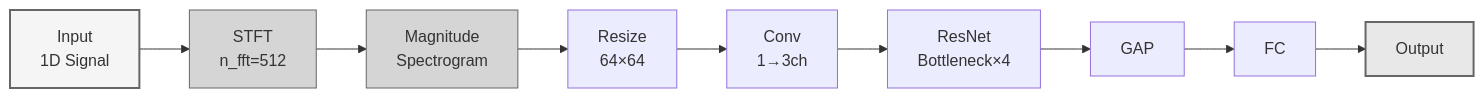
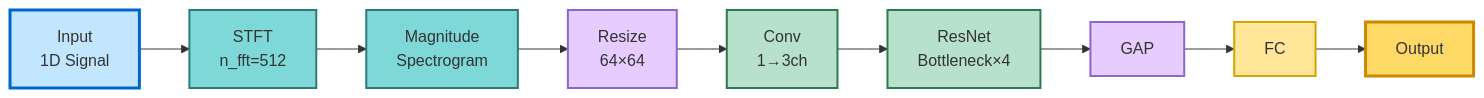
Before and after one commit to soroosh-tanzadeh/rotary-insight: diagram 11 of 13 in models/MODEL_ARCHITECTURES.md, drawn with Mermaid. The commit also changed other lines of this file and 5 other files, not shown here.

````diff
--- a/models/MODEL_ARCHITECTURES.md
+++ b/models/MODEL_ARCHITECTURES.md
@@ -687,13 +729,18 @@
 ```mermaid
 graph LR
     A[Input<br/>1D Signal] --> B[STFT<br/>n_fft=512]
     B --> C[Magnitude<br/>Spectrogram]
     C --> D[Resize<br/>64×64]
     D --> E[Conv<br/>1→3ch]
     E --> F[ResNet<br/>Bottleneck×4]
     F --> G[GAP] --> H[FC] --> I[Output]
-    style A fill:#f5f5f5,stroke:#666,stroke-width:2px
-    style I fill:#e8e8e8,stroke:#666,stroke-width:2px
-    style B fill:#d5d5d5,stroke:#666
-    style C fill:#d5d5d5,stroke:#666
+    style A fill:#c3e6ff,stroke:#0066cc,stroke-width:3px
+    style B fill:#7fd8d8,stroke:#2d7a7a,stroke-width:2px
+    style C fill:#7fd8d8,stroke:#2d7a7a,stroke-width:2px
+    style D fill:#e6ccff,stroke:#8b66cc,stroke-width:2px
+    style E fill:#b7e1cd,stroke:#2d7a4f,stroke-width:2px
+    style F fill:#b7e1cd,stroke:#2d7a4f,stroke-width:2px
+    style G fill:#e6ccff,stroke:#8b66cc,stroke-width:2px
+    style H fill:#ffe699,stroke:#d4a500,stroke-width:2px
+    style I fill:#ffd966,stroke:#cc8800,stroke-width:3px
 ```
````
